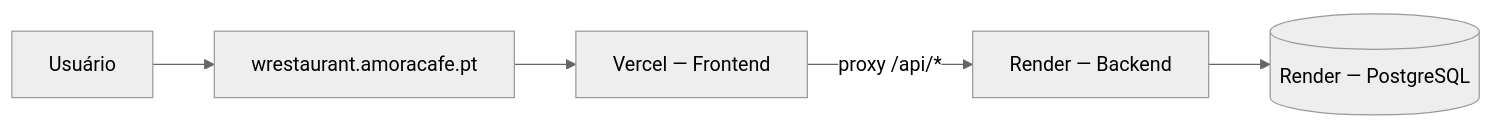
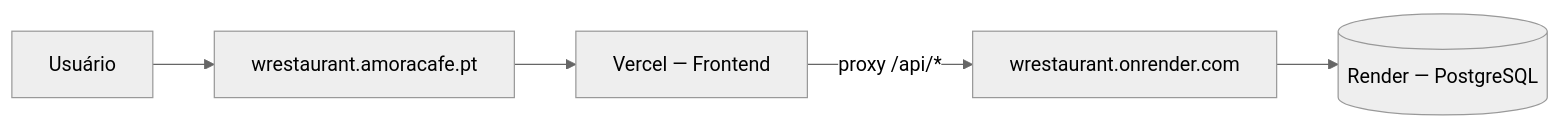
The diagram in README.md (walternascimentobarroso/wrestaurant), drawn with Mermaid (neutral theme) before and after one commit. The commit also changed other lines of this file and 9 other files, not shown here.

````diff
--- a/README.md
+++ b/README.md
@@ -17,7 +23,7 @@
 ```mermaid
 flowchart LR
   User[Usuário] --> DNS[wrestaurant.amoracafe.pt]
   DNS --> Vercel[Vercel — Frontend]
-  Vercel -->|proxy /api/*| Render[Render — Backend]
-  Render --> DB[(Render — PostgreSQL)]
+  Vercel -->|proxy /api/*| API[wrestaurant.onrender.com]
+  API --> DB[(Render — PostgreSQL)]
 ```
````
